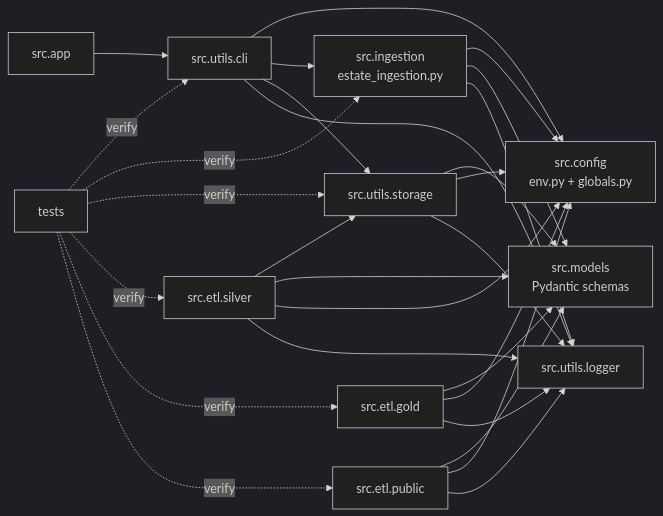
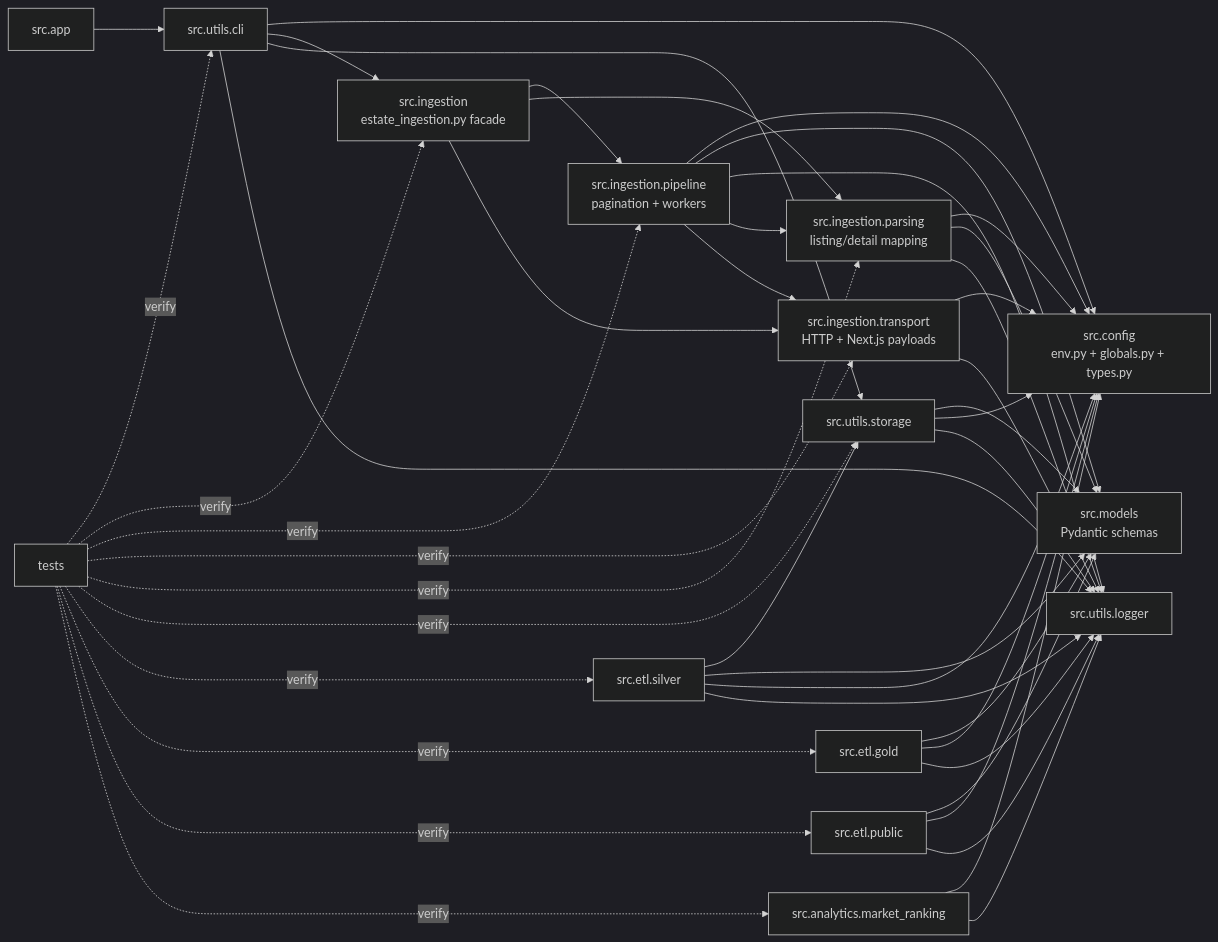
One commit to bi3lu/polish-real-estate-price-aggregates changed the diagram in docs/component-diagram.md. Above: the diagram before and after it, drawn with Mermaid (dark theme). The commit also changed other lines of this file and 27 other files, not shown here.

````diff
--- a/docs/component-diagram.md
+++ b/docs/component-diagram.md
@@ -3,48 +3,72 @@
 ```mermaid
 flowchart LR
     app[src.app]
     cli[src.utils.cli]
-    config[src.config<br/>env.py + globals.py]
-    ingestion[src.ingestion<br/>estate_ingestion.py]
+    config[src.config<br/>env.py + globals.py + types.py]
+    ingestion_facade[src.ingestion<br/>estate_ingestion.py facade]
+    ingestion_pipeline[src.ingestion.pipeline<br/>pagination + workers]
+    ingestion_transport[src.ingestion.transport<br/>HTTP + Next.js payloads]
+    ingestion_parsing[src.ingestion.parsing<br/>listing/detail mapping]
     storage[src.utils.storage]
     logger[src.utils.logger]
     models[src.models<br/>Pydantic schemas]
     silver[src.etl.silver]
     gold[src.etl.gold]
     public[src.etl.public]
+    analytics[src.analytics.market_ranking]
     tests[tests]
 
     app --> cli
     cli --> config
-    cli --> ingestion
+    cli --> ingestion_facade
     cli --> storage
     cli --> logger
 
-    ingestion --> config
-    ingestion --> models
-    ingestion --> logger
+    ingestion_facade --> ingestion_pipeline
+    ingestion_facade --> ingestion_parsing
+    ingestion_facade --> ingestion_transport
+
+    ingestion_pipeline --> config
+    ingestion_pipeline --> models
+    ingestion_pipeline --> logger
+    ingestion_pipeline --> ingestion_parsing
+    ingestion_pipeline --> ingestion_transport
+
+    ingestion_transport --> config
+    ingestion_transport --> logger
+
+    ingestion_parsing --> config
+    ingestion_parsing --> models
+    ingestion_parsing --> logger
 
     storage --> models
     storage --> config
     storage --> logger
 
     silver --> storage
     silver --> models
     silver --> config
     silver --> logger
 
     gold --> models
     gold --> config
     gold --> logger
 
     public --> models
     public --> config
     public --> logger
 
+    analytics --> config
+    analytics --> logger
+
     tests -. verify .-> cli
-    tests -. verify .-> ingestion
+    tests -. verify .-> ingestion_facade
+    tests -. verify .-> ingestion_pipeline
+    tests -. verify .-> ingestion_transport
+    tests -. verify .-> ingestion_parsing
     tests -. verify .-> storage
     tests -. verify .-> silver
     tests -. verify .-> gold
     tests -. verify .-> public
+    tests -. verify .-> analytics
 ```
````
